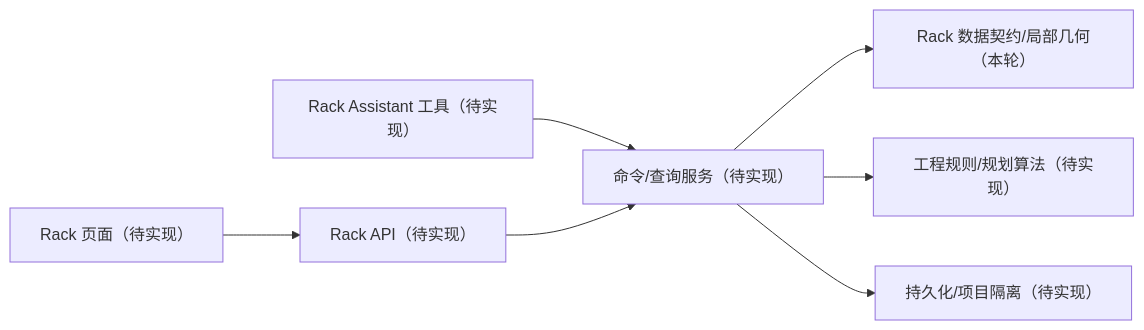
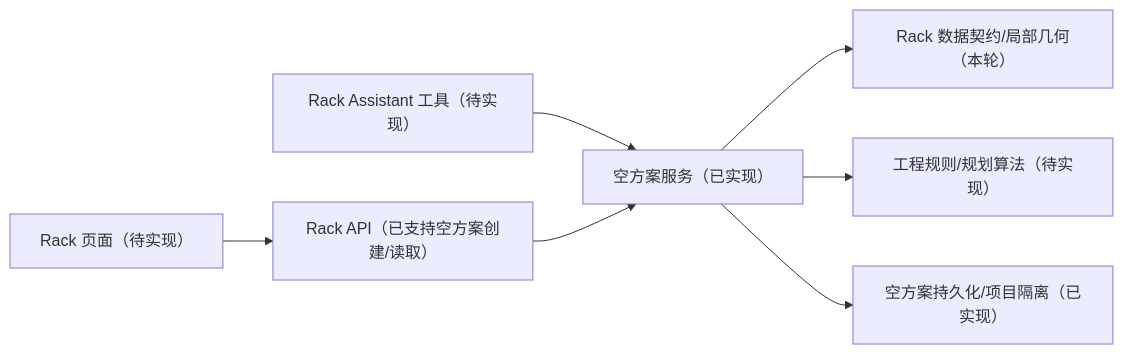
The diagram in RACK_FOUNDATION.md (Honghe-R/AI-INFRA-Rack), drawn with Mermaid before and after one commit. The commit also changed other lines of this file and 31 other files, not shown here.

````diff
--- a/RACK_FOUNDATION.md
+++ b/RACK_FOUNDATION.md
@@ -111,9 +112,9 @@
 ```mermaid
 flowchart LR
-    UI["Rack 页面（待实现）"] --> HTTP["Rack API（待实现）"]
-    AI["Rack Assistant 工具（待实现）"] --> SVC["命令/查询服务（待实现）"]
+    UI["Rack 页面（待实现）"] --> HTTP["Rack API（已支持空方案创建/读取）"]
+    AI["Rack Assistant 工具（待实现）"] --> SVC["空方案服务（已实现）"]
     HTTP --> SVC
     SVC --> DOMAIN["Rack 数据契约/局部几何（本轮）"]
     SVC --> RULES["工程规则/规划算法（待实现）"]
-    SVC --> DB["持久化/项目隔离（待实现）"]
+    SVC --> DB["空方案持久化/项目隔离（已实现）"]
 ```
````
